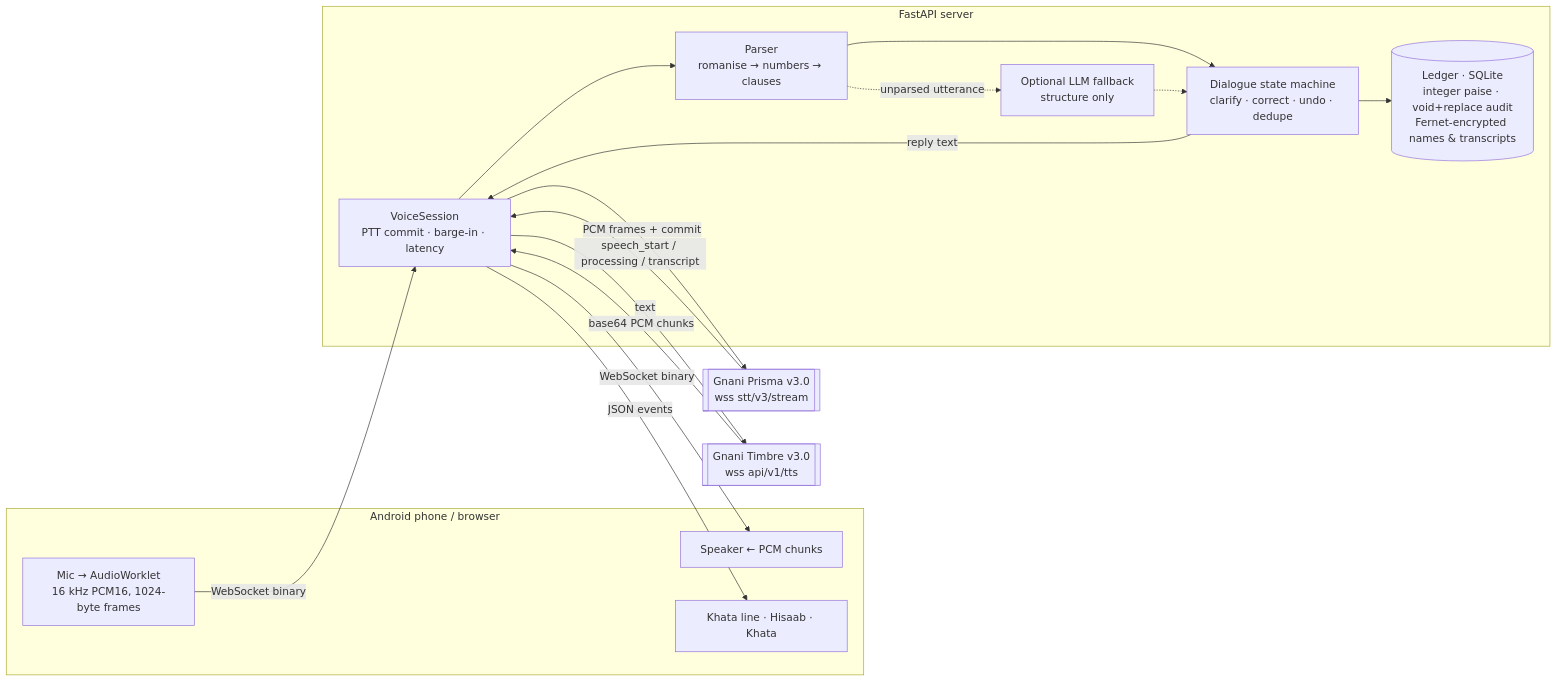
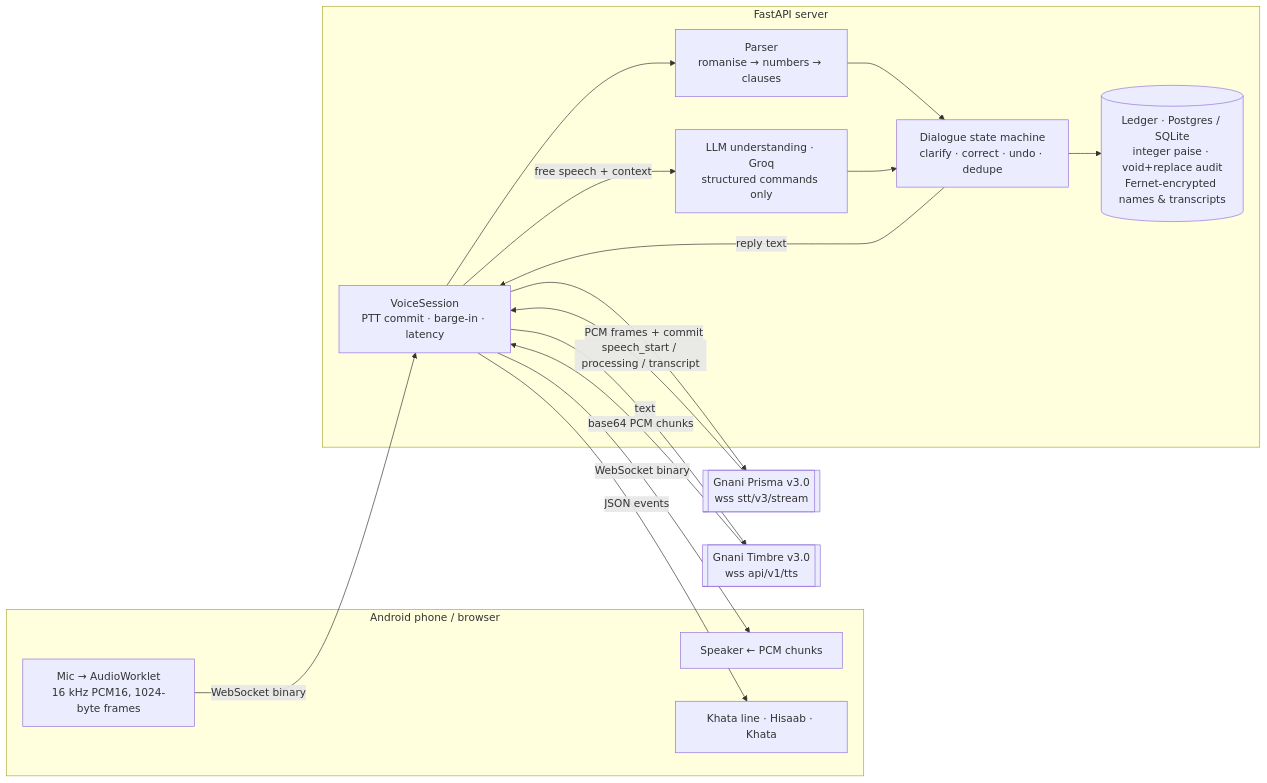
The diagram in README.md (Aniket-14-07/namma-chotu), drawn with Mermaid before and after one commit. The commit also changed other lines of this file, not shown here.

First line of the commit message:
README: match current features (wake word, voice mode, lena/dena, lists, reminders, Postgres, 213 tests)

````diff
--- a/README.md
+++ b/README.md
@@ -33,25 +35,25 @@
 ```mermaid
 flowchart LR
   subgraph Phone[Android phone / browser]
     MIC[Mic → AudioWorklet<br/>16 kHz PCM16, 1024-byte frames]
     SPK[Speaker ← PCM chunks]
     UI[Khata line · Hisaab · Khata]
   end
   subgraph Server[FastAPI server]
     VS[VoiceSession<br/>PTT commit · barge-in · latency]
     NLU[Parser<br/>romanise → numbers → clauses]
     DM[Dialogue state machine<br/>clarify · correct · undo · dedupe]
-    LED[(Ledger · SQLite<br/>integer paise · void+replace audit<br/>Fernet-encrypted names & transcripts)]
-    LLM[Optional LLM fallback<br/>structure only]
+    LED[(Ledger · Postgres / SQLite<br/>integer paise · void+replace audit<br/>Fernet-encrypted names & transcripts)]
+    LLM[LLM understanding · Groq<br/>structured commands only]
   end
   PRISMA[[Gnani Prisma v3.0<br/>wss stt/v3/stream]]
   TIMBRE[[Gnani Timbre v3.0<br/>wss api/v1/tts]]
   MIC -- WebSocket binary --> VS
   VS -- PCM frames + commit --> PRISMA
   PRISMA -- speech_start / processing / transcript --> VS
   VS --> NLU --> DM --> LED
-  NLU -. unparsed utterance .-> LLM -.-> DM
+  VS -- free speech + context --> LLM --> DM
   DM -- reply text --> VS -- text --> TIMBRE
   TIMBRE -- base64 PCM chunks --> VS -- WebSocket binary --> SPK
   VS -- JSON events --> UI
 ```
````
